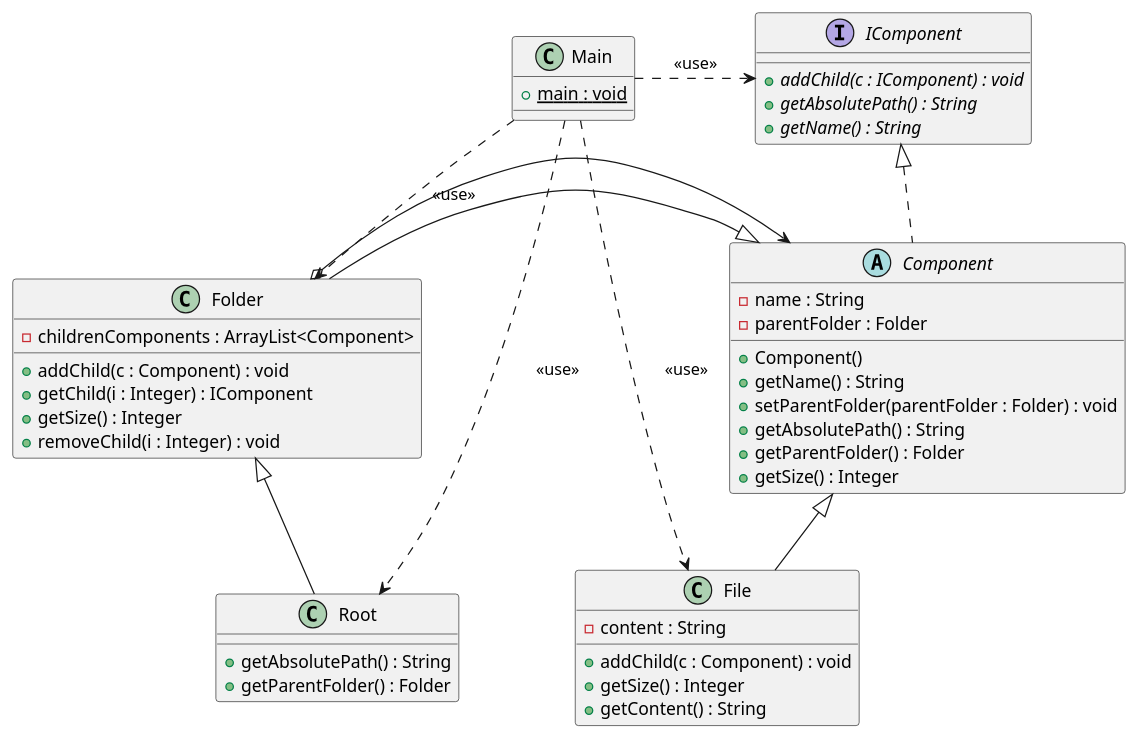
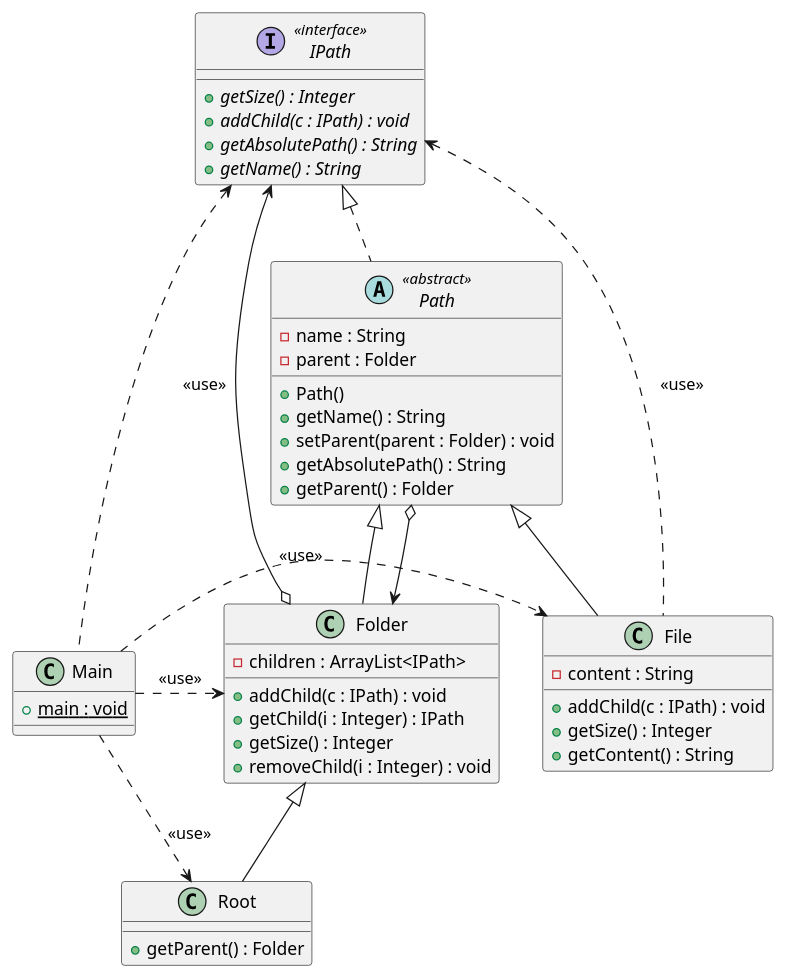
Before and after one commit to BaptisteWetterwald/dut-a31: the diagram in out/production/A31_Project/TD4/dc_composite.puml, drawn with PlantUML. The commit also changed 34 other files, not shown here.

```diff
--- a/out/production/A31_Project/TD4/dc_composite.puml
+++ b/out/production/A31_Project/TD4/dc_composite.puml
@@ -1,57 +1,58 @@
 @startuml
 'https://plantuml.com/class-diagram
 
-abstract class Component implements IComponent
+abstract class Path <<abstract>> implements IPath
 {
     - name : String
-    - parentFolder : Folder
-    + Component()
+    - parent : Folder
+    + Path()
     + getName() : String
-    + setParentFolder(parentFolder : Folder) : void
+    + setParent(parent : Folder) : void
     + getAbsolutePath() : String
-    + getParentFolder() : Folder
-    + getSize() : Integer
+    + getParent() : Folder
 }
 
-interface IComponent
+interface IPath <<interface>>
 {
-    + {abstract} addChild(c : IComponent) : void
+    + {abstract} getSize() : Integer
+    + {abstract} addChild(c : IPath) : void
     + {abstract} getAbsolutePath() : String
     + {abstract} getName() : String
 }
 
 class Main
 {
     + {static} main : void
 }
 
-class Folder extends Component
+class Folder extends Path
 {
-    - childrenComponents : ArrayList<Component>
-    + addChild(c : Component) : void
-    + getChild(i : Integer) : IComponent
+    - children : ArrayList<IPath>
+    + addChild(c : IPath) : void
+    + getChild(i : Integer) : IPath
     + getSize() : Integer
     + removeChild(i : Integer) : void
 }
 
-class File extends Component
+class File extends Path
 {
     - content : String
-    + addChild(c : Component) : void
+    + addChild(c : IPath) : void
     + getSize() : Integer
     + getContent() : String
 }
 
 class Root extends Folder
 {
-    + getAbsolutePath() : String
-    + getParentFolder() : Folder
+    + getParent() : Folder
 }
 
-Folder o-> Component
-Main .> IComponent : <<use>>
-Main .> Folder : <<use>>
+Folder o-up-> IPath
+Path o-down-> Folder
+Main .up> IPath : <<use>>
+Main .down> Folder : <<use>>
 Main .> File : <<use>>
 Main .> Root : <<use>>
+File .left> IPath : <<use>>
 
 @enduml
```
